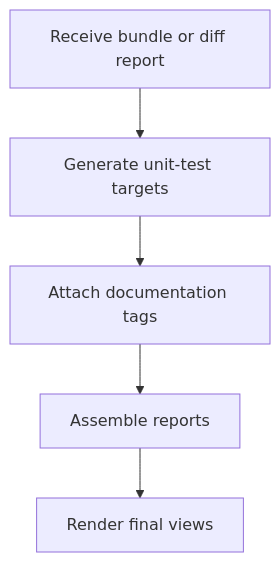
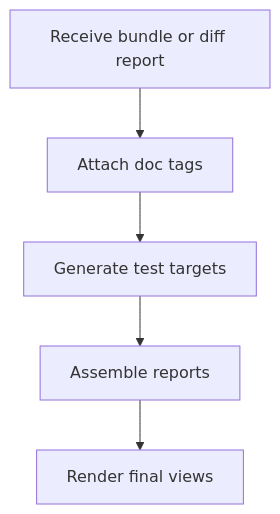
The diagram in docs/Codebase/Microservice/Modules/Source/OutputGeneration/core.cpp.md (JohnAndrewBalbarosa/NeoTerritory), drawn with Mermaid before and after one commit. The commit also changed other lines of this file and 25 other files, not shown here.

First line of the commit message:
Update docs for live class-analysis flow

````diff
--- a/docs/Codebase/Microservice/Modules/Source/OutputGeneration/core.cpp.md
+++ b/docs/Codebase/Microservice/Modules/Source/OutputGeneration/core.cpp.md
@@ -19,9 +19,9 @@
 ```mermaid
 flowchart TD
     N0["Receive bundle or diff report"]
-    N1["Generate unit-test targets"]
-    N2["Attach documentation tags"]
+    N1["Attach doc tags"]
+    N2["Generate test targets"]
     N3["Assemble reports"]
     N4["Render final views"]
     N0 --> N1 --> N2 --> N3 --> N4
 ```
````
